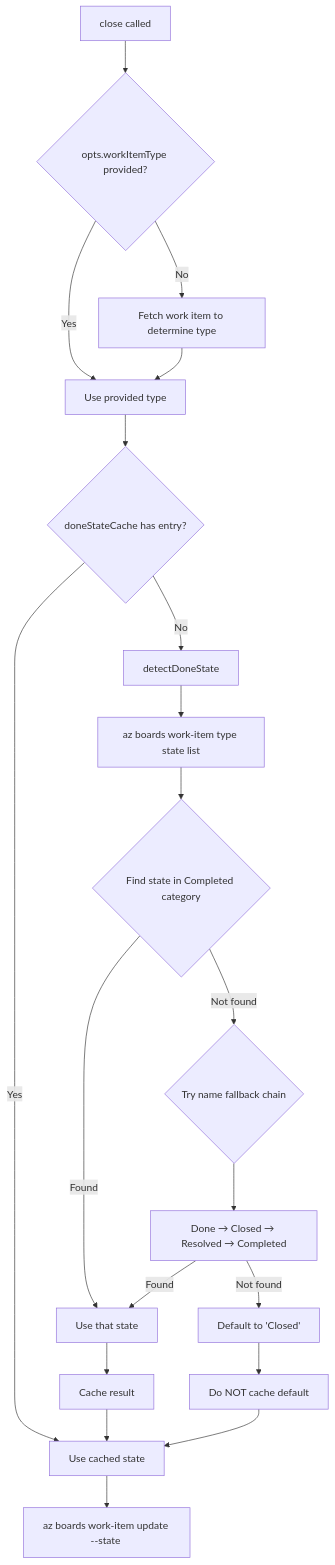
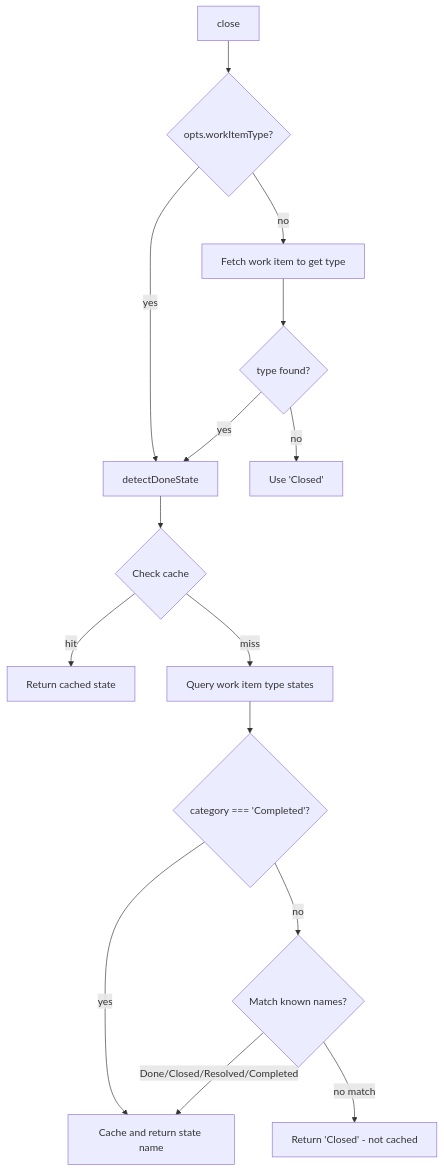
One commit to PatrickRuddiman/Dispatch changed the diagram in docs/datasource-system/azdevops-datasource.md. Above: the diagram before and after it, drawn with Mermaid. The commit also changed other lines of this file and 252 other files, not shown here.

````diff
--- a/docs/datasource-system/azdevops-datasource.md
+++ b/docs/datasource-system/azdevops-datasource.md
@@ -299,22 +131,17 @@
 ```mermaid
 flowchart TD
-    A[close called] --> B{opts.workItemType provided?}
-    B -->|Yes| D[Use provided type]
-    B -->|No| C[Fetch work item to determine type]
-    C --> D
-    D --> E{doneStateCache has entry?}
-    E -->|Yes| H[Use cached state]
-    E -->|No| F[detectDoneState]
-    F --> F1[az boards work-item type state list]
-    F1 --> F2{Find state in Completed category}
-    F2 -->|Found| G1[Use that state]
-    F2 -->|Not found| F3{Try name fallback chain}
-    F3 --> F4[Done → Closed → Resolved → Completed]
-    F4 -->|Found| G1
-    F4 -->|Not found| G2[Default to 'Closed']
-    G1 --> G3[Cache result]
-    G2 --> G4[Do NOT cache default]
-    G3 --> H
-    G4 --> H
-    H --> I[az boards work-item update --state <detected>]
+    A[close] --> B{opts.workItemType?}
+    B -->|yes| D[detectDoneState]
+    B -->|no| C[Fetch work item to get type]
+    C --> E{type found?}
+    E -->|yes| D
+    E -->|no| F[Use 'Closed']
+    D --> G{Check cache}
+    G -->|hit| H[Return cached state]
+    G -->|miss| I[Query work item type states]
+    I --> J{category === 'Completed'?}
+    J -->|yes| K[Cache and return state name]
+    J -->|no| L{Match known names?}
+    L -->|Done/Closed/Resolved/Completed| K
+    L -->|no match| M[Return 'Closed' - not cached]
 ```
````
